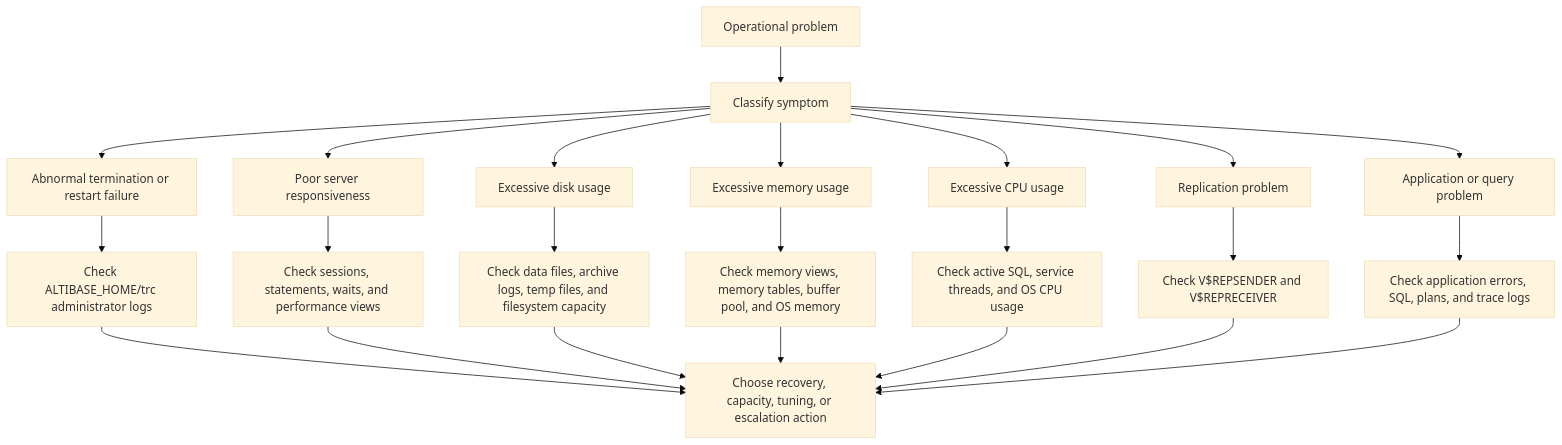
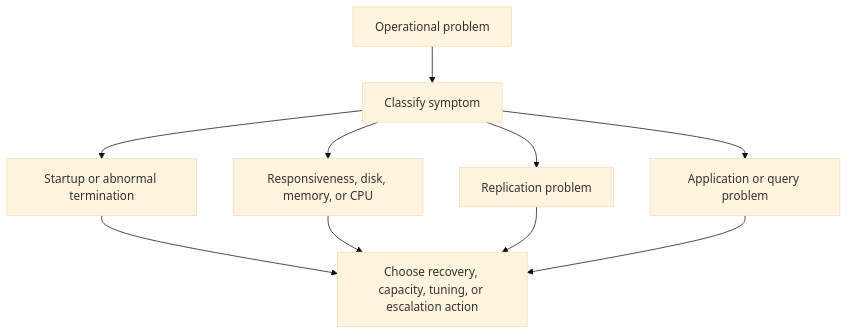
One commit to et16kr/AltibaseDocuments changed diagram 14 of 14 in GPTs/attachments/02_administration_operations.md. Above: the diagram before and after it, drawn with Mermaid (base theme). The commit also changed other lines of this file and 5 other files, not shown here.

First line of the commit message:
Remediate M21: Split or simplify oversized Mermaid diagrams listed by R14, or move l...

````diff
--- a/GPTs/attachments/02_administration_operations.md
+++ b/GPTs/attachments/02_administration_operations.md
@@ -1952,25 +1950,12 @@
 ```mermaid
 flowchart TD
   ISSUE[Operational problem] --> CLASSIFY[Classify symptom]
-  CLASSIFY --> STARTUP[Abnormal termination or restart failure]
-  CLASSIFY --> RESPONSE[Poor server responsiveness]
-  CLASSIFY --> DISK[Excessive disk usage]
-  CLASSIFY --> MEMORY[Excessive memory usage]
-  CLASSIFY --> CPU[Excessive CPU usage]
+  CLASSIFY --> STARTUP[Startup or abnormal termination]
+  CLASSIFY --> RESOURCE[Responsiveness, disk, memory, or CPU]
   CLASSIFY --> REPL[Replication problem]
   CLASSIFY --> APP[Application or query problem]
-  STARTUP --> LOGS[Check ALTIBASE_HOME/trc administrator logs]
-  RESPONSE --> VIEWS[Check sessions, statements, waits, and performance views]
-  DISK --> SPACE[Check data files, archive logs, temp files, and filesystem capacity]
-  MEMORY --> MEMVIEWS[Check memory views, memory tables, buffer pool, and OS memory]
-  CPU --> SQLCPU[Check active SQL, service threads, and OS CPU usage]
-  REPL --> REPLVIEWS[Check V$REPSENDER and V$REPRECEIVER]
-  APP --> SQLTRACE[Check application errors, SQL, plans, and trace logs]
-  LOGS --> ACTION[Choose recovery, capacity, tuning, or escalation action]
-  VIEWS --> ACTION
-  SPACE --> ACTION
-  MEMVIEWS --> ACTION
-  SQLCPU --> ACTION
-  REPLVIEWS --> ACTION
-  SQLTRACE --> ACTION
+  STARTUP --> ACTION[Choose recovery, capacity, tuning, or escalation action]
+  RESOURCE --> ACTION
+  REPL --> ACTION
+  APP --> ACTION
 ```
````
